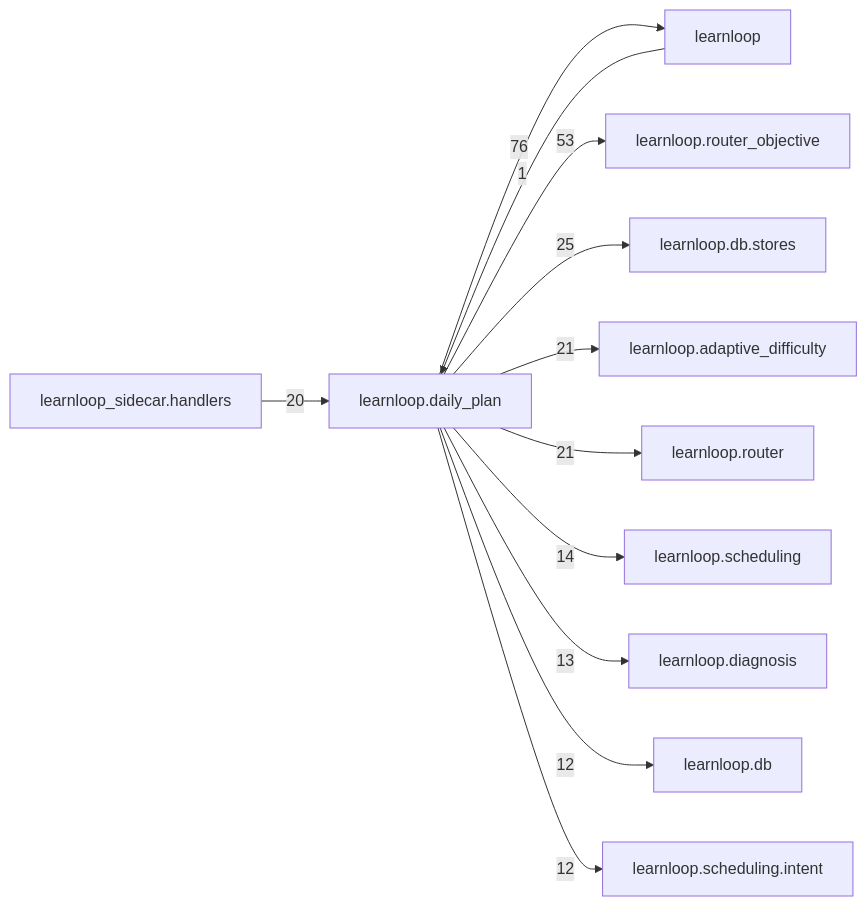
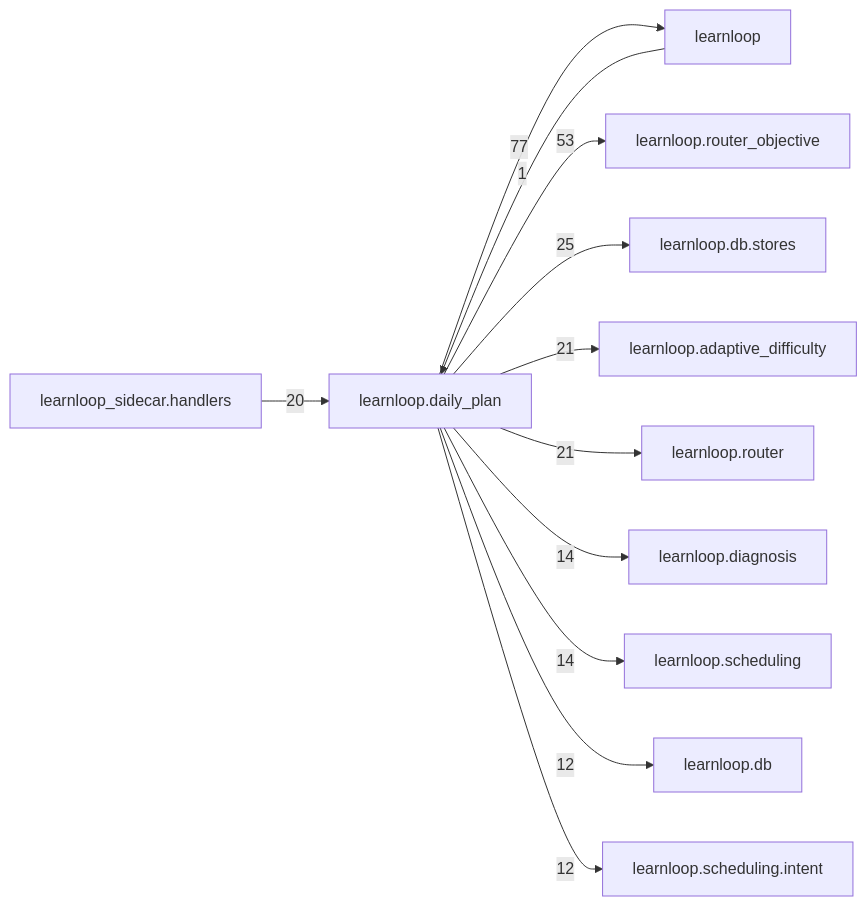
Before and after one commit to 6up-b/learnanything: the diagram in docs/learnloop-architecture-vault/Reference/Modules/learnloop/daily_plan/_package.md, drawn with Mermaid. The commit also changed other lines of this file and 40 other files, not shown here.

````diff
--- a/docs/learnloop-architecture-vault/Reference/Modules/learnloop/daily_plan/_package.md
+++ b/docs/learnloop-architecture-vault/Reference/Modules/learnloop/daily_plan/_package.md
@@ -176,25 +176,25 @@
 ```mermaid
 flowchart LR
     center["learnloop.daily_plan"]
     n_learnloop["learnloop"]
     n_learnloop_router_objective["learnloop.router_objective"]
     n_learnloop_db_stores["learnloop.db.stores"]
     n_learnloop_adaptive_difficulty["learnloop.adaptive_difficulty"]
     n_learnloop_router["learnloop.router"]
     n_learnloop_sidecar_handlers["learnloop_sidecar.handlers"]
+    n_learnloop_diagnosis["learnloop.diagnosis"]
     n_learnloop_scheduling["learnloop.scheduling"]
-    n_learnloop_diagnosis["learnloop.diagnosis"]
     n_learnloop_db["learnloop.db"]
     n_learnloop_scheduling_intent["learnloop.scheduling.intent"]
     n_learnloop -->|1| center
-    center -->|76| n_learnloop
+    center -->|77| n_learnloop
     center -->|53| n_learnloop_router_objective
     center -->|25| n_learnloop_db_stores
     center -->|21| n_learnloop_adaptive_difficulty
     center -->|21| n_learnloop_router
     n_learnloop_sidecar_handlers -->|20| center
+    center -->|14| n_learnloop_diagnosis
     center -->|14| n_learnloop_scheduling
-    center -->|13| n_learnloop_diagnosis
     center -->|12| n_learnloop_db
     center -->|12| n_learnloop_scheduling_intent
 ```
````
